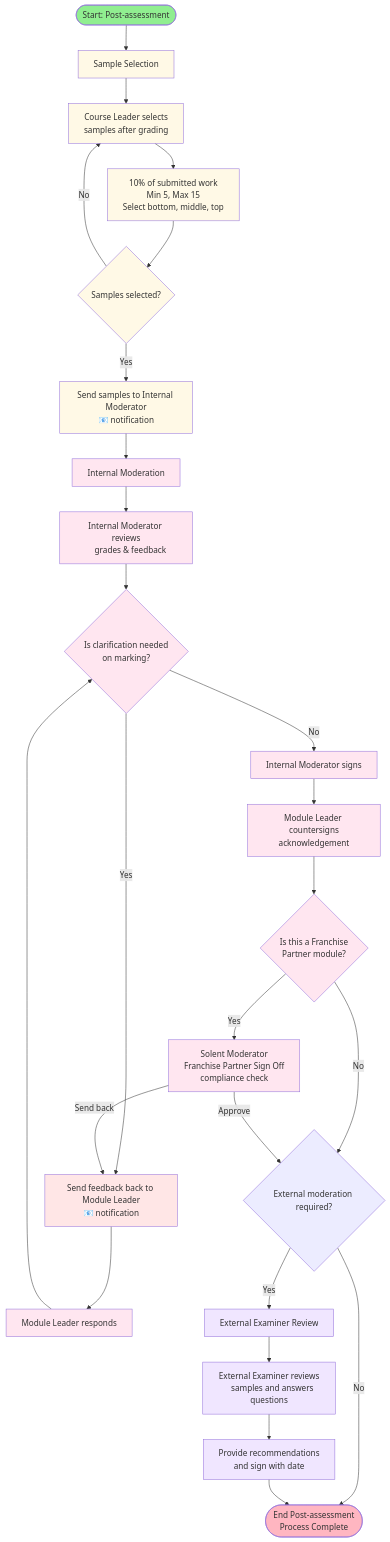
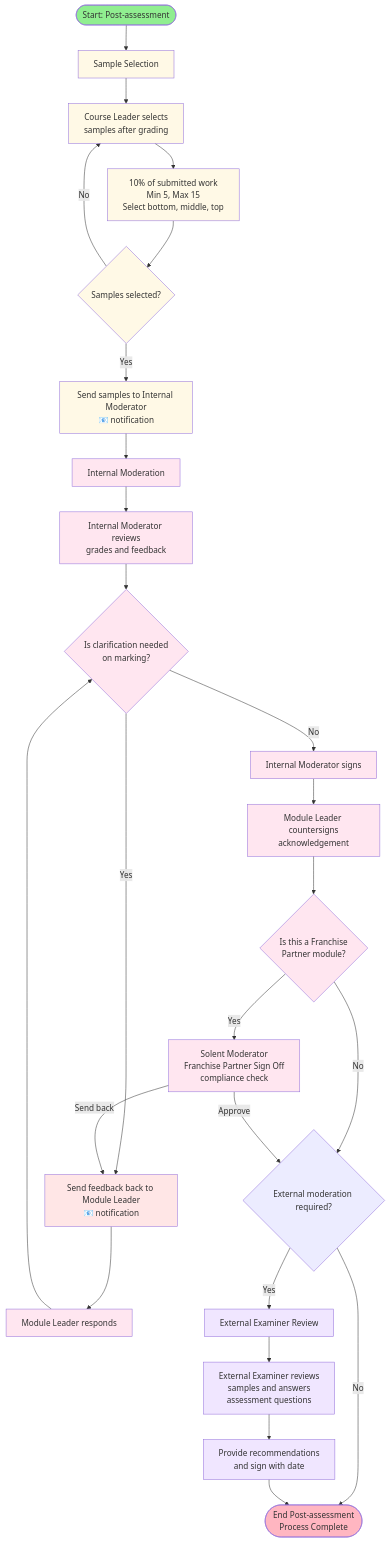
The second of 2 diagrams in flow_chart/mod_flow_chart.md (martinsolent/mod_prototype), drawn with Mermaid before and after one commit. The commit also changed other lines of this file, not shown here.

Commit message:
Add line breaks to prevent text cutoff in flowchart nodes

````diff
--- a/flow_chart/mod_flow_chart.md
+++ b/flow_chart/mod_flow_chart.md
@@ -31,47 +31,45 @@
 ```mermaid
 flowchart TD
     %% Workflow B: Post-assessment (after grading)
     StartB([Start: Post-assessment]) --> SS[Sample Selection]
     
     SS --> SS1[Course Leader selects
     samples after grading]
     SS1 --> SS2[10% of submitted work<br/>Min 5, Max 15<br/>Select bottom, middle, top]
     SS2 --> SS3{Samples selected?}
     SS3 -->|No| SS1
     SS3 -->|Yes| SS4[Send samples to Internal Moderator<br/>📧 notification]
     SS4 --> IM[Internal Moderation]
     
-    IM --> IM1[Internal Moderator reviews
-    grades & feedback]
+    IM --> IM1[Internal Moderator reviews<br/>grades and feedback]
     IM1 --> IM2{Is clarification needed<br/>on marking?}
     IM2 -->|Yes| IM3[Send feedback back to Module Leader<br/>📧 notification]
     IM3 --> IM4[Module Leader responds]
     IM4 --> IM2
     IM2 -->|No| IM5[Internal Moderator signs]
     IM5 --> IM6[Module Leader countersigns<br/>acknowledgement]
     IM6 --> IM7{Is this a Franchise<br/>Partner module?}
     IM7 -->|No| IM8{External moderation required?}
     IM7 -->|Yes| IMFP[Solent Moderator<br/>Franchise Partner Sign Off<br/>compliance check]
     IMFP -->|Send back| IM3
     IMFP -->|Approve| IM8{External moderation required?}
     
     IM8 -->|No| EndB([End Post-assessment<br/>Process Complete])
     IM8 -->|Yes| EE[External Examiner Review]
-    EE --> EE1[External Examiner reviews
-    samples and answers questions]
+    EE --> EE1[External Examiner reviews<br/>samples and answers<br/>assessment questions]
     EE1 --> EE2[Provide recommendations<br/>and sign with date]
     EE2 --> EndB
     
     classDef start fill:#90EE90
     classDef endNode fill:#FFB6C1
     classDef sample fill:#FFF9E6
     classDef mod fill:#FFE6F0
     classDef external fill:#F0E6FF
     classDef warn fill:#FFE6E6
     class StartB start
     class EndB endNode
     class SS,SS1,SS2,SS3,SS4 sample
     class IM,IM1,IM2,IM3,IM4,IM5,IM6,IM7,IMFP mod
     class EE,EE1,EE2 external
     class IM3 warn
 ```
````
